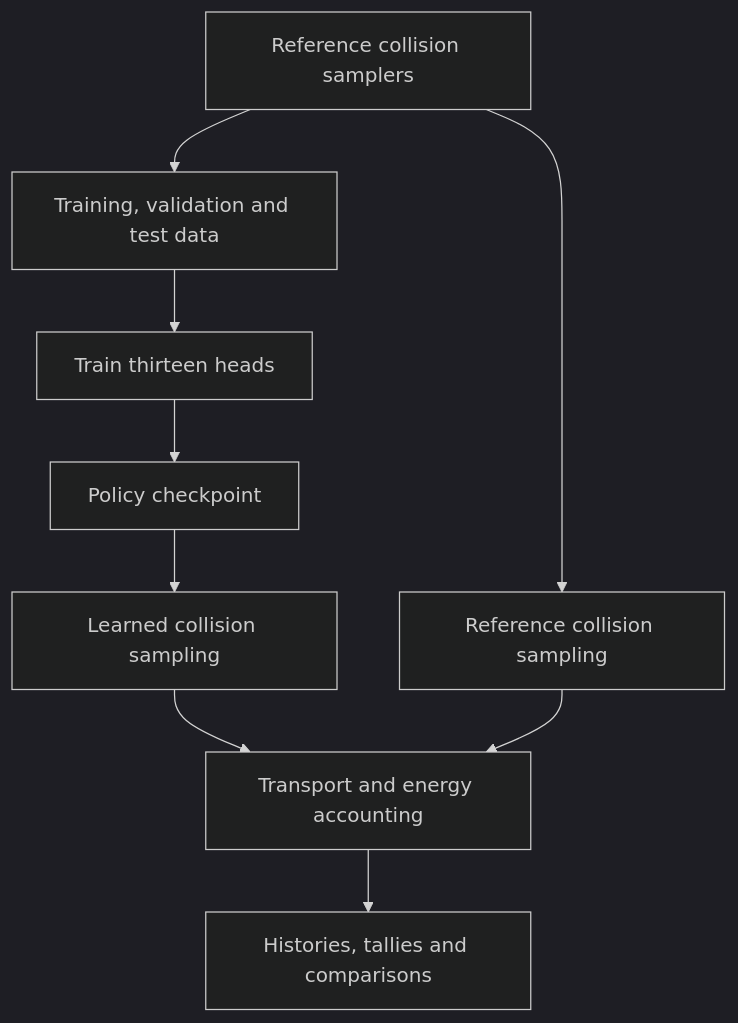
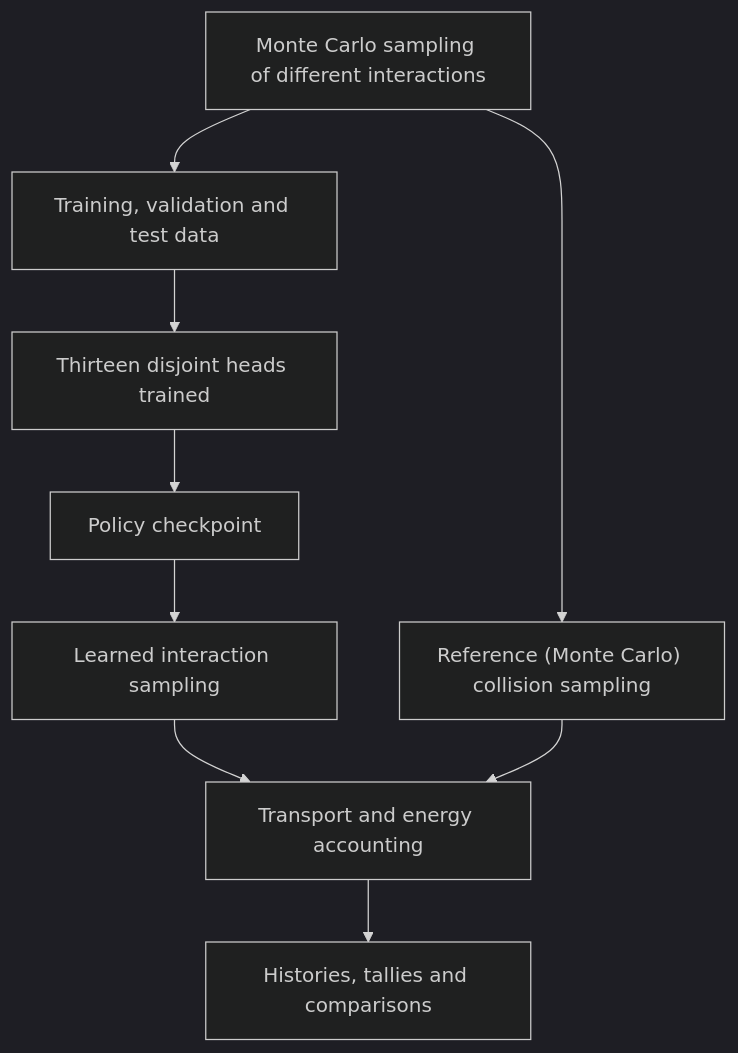
One commit to PedroTelesFCUP/Beam_weaver changed the diagram in docs/architecture.md. Above: the diagram before and after it, drawn with Mermaid (dark theme). The commit also changed other lines of this file, not shown here.

````diff
--- a/docs/architecture.md
+++ b/docs/architecture.md
@@ -8,11 +8,11 @@
 ```mermaid
 flowchart TD
-    R["Reference collision samplers"] --> D["Training, validation and test data"]
-    D --> T["Train thirteen heads"]
+    R["Monte Carlo sampling of different interactions"] --> D["Training, validation and test data"]
+    D --> T["Thirteen disjoint heads trained"]
     T --> C["Policy checkpoint"]
-    C --> L["Learned collision sampling"]
-    R --> M["Reference collision sampling"]
+    C --> L["Learned interaction sampling"]
+    R --> M["Reference (Monte Carlo) collision sampling"]
     L --> P["Transport and energy accounting"]
     M --> P
     P --> O["Histories, tallies and comparisons"]
 ```
````
